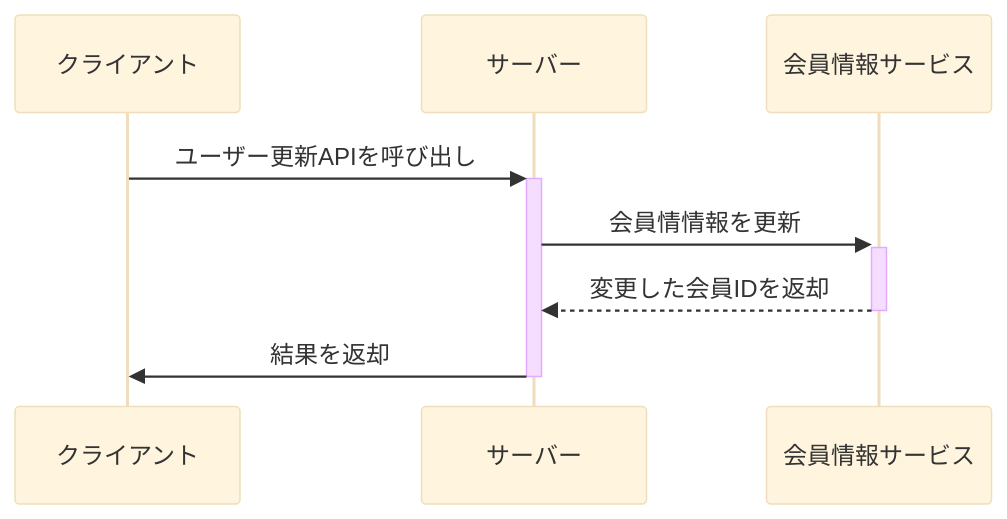
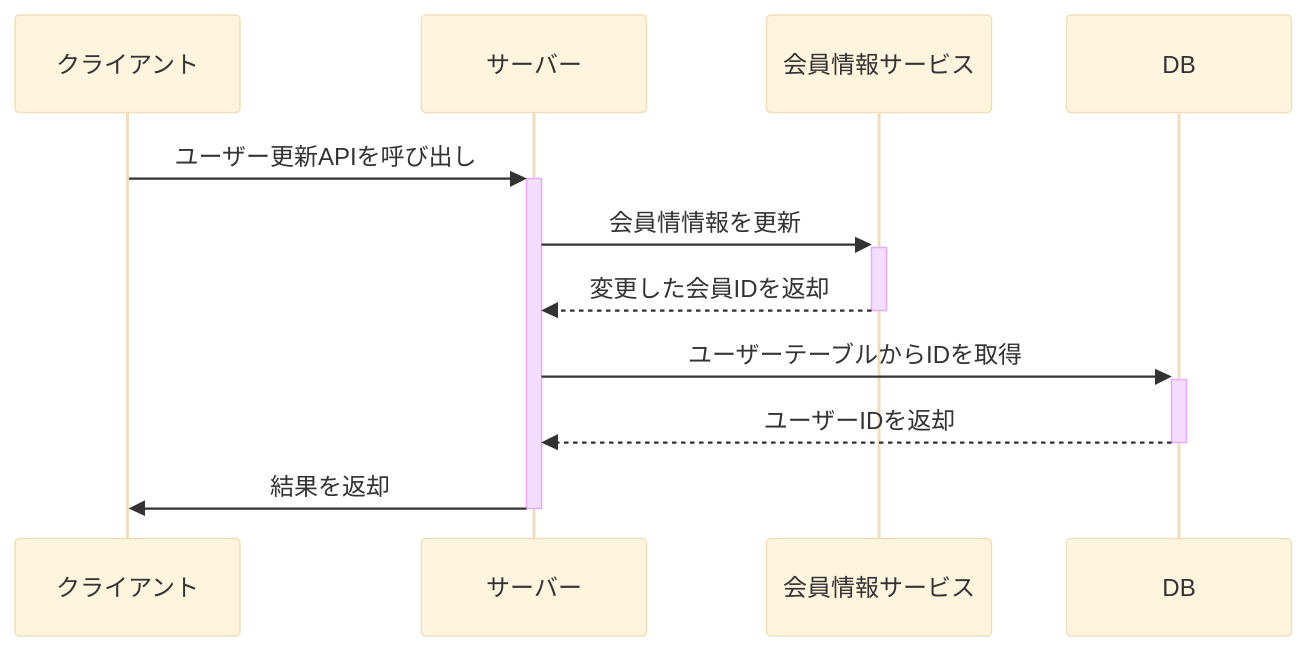
One commit to Orkney06/ec-mall changed the diagram in docs/API設計書/API02.md. Above: the diagram before and after it, drawn with Mermaid (base theme). The commit also changed other lines of this file and 16 other files, not shown here.

````diff
--- a/docs/API設計書/API02.md
+++ b/docs/API設計書/API02.md
@@ -30,10 +37,13 @@
 ```mermaid
 sequenceDiagram
     participant クライアント
     participant サーバー
     participant 会員情報サービス
+    participant DB
     クライアント->>+サーバー: ユーザー更新APIを呼び出し
     サーバー->>+会員情報サービス: 会員情情報を更新
     会員情報サービス-->>-サーバー: 変更した会員IDを返却
+    サーバー->>+DB: ユーザーテーブルからIDを取得
+    DB-->>-サーバー: ユーザーIDを返却
     サーバー->>-クライアント: 結果を返却
 ```
````
